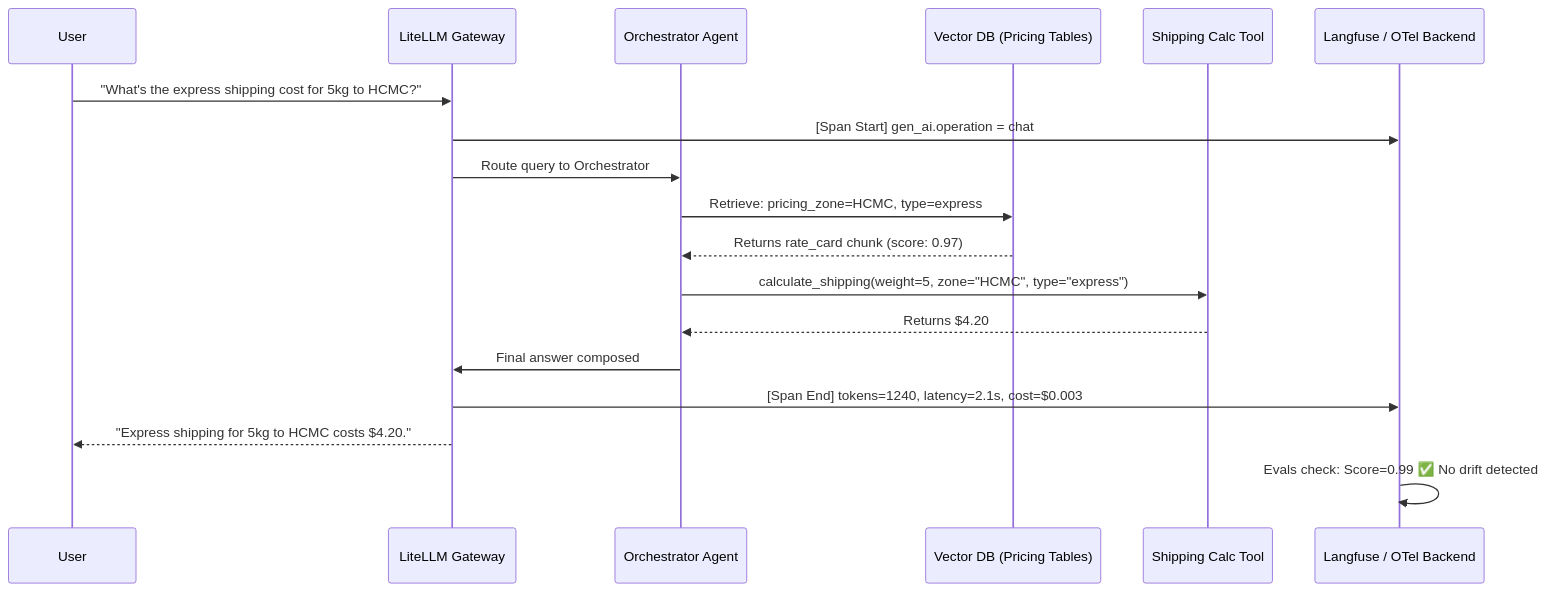
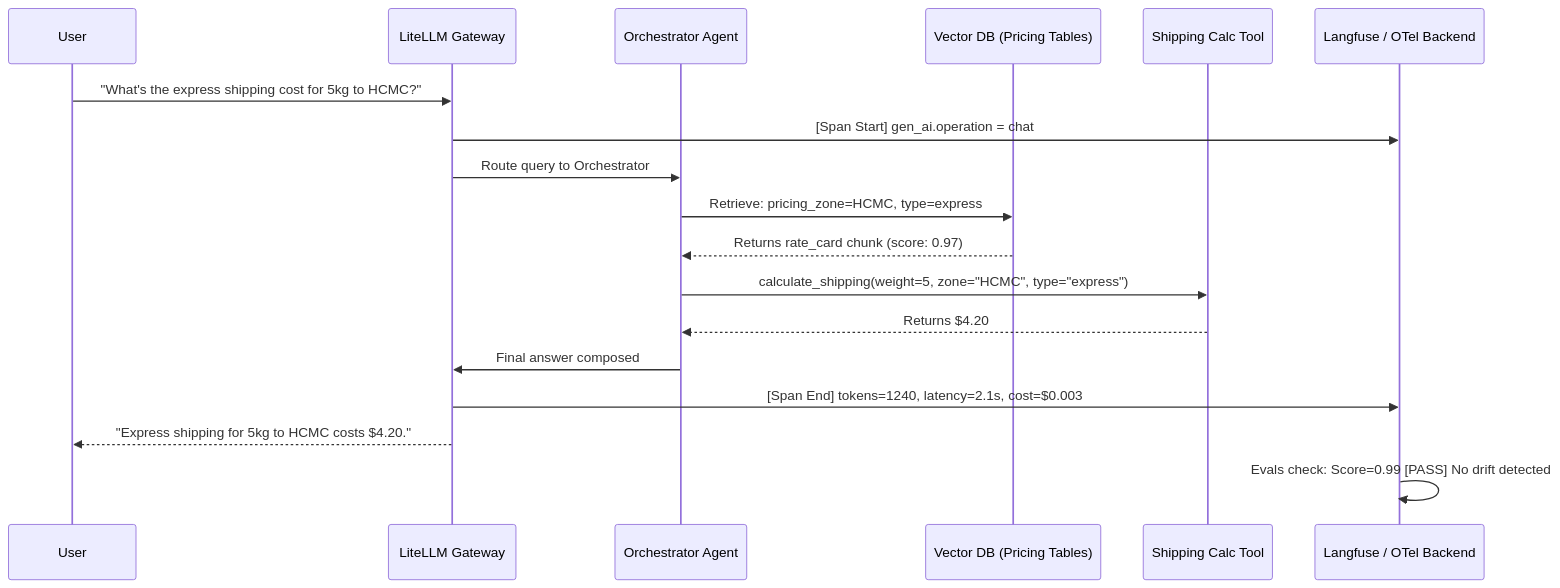
One commit to vesviet/vesviet changed the third of 3 diagrams in content/series/ai-driven-playbook/part-6-ai-observability-governance.md. Above: the diagram before and after it, drawn with Mermaid. The commit also changed 3 other files, not shown here.

Commit message:
fix: quote emoji node/edge labels in Mermaid diagrams (vesviet - part-1, 3, 8, playbook-6)

````diff
--- a/content/series/ai-driven-playbook/part-6-ai-observability-governance.md
+++ b/content/series/ai-driven-playbook/part-6-ai-observability-governance.md
@@ -156,21 +156,21 @@
 ```mermaid
 sequenceDiagram
     participant User
     participant Gateway as LiteLLM Gateway
     participant Agent as Orchestrator Agent
     participant RAG as Vector DB (Pricing Tables)
     participant Tool as Shipping Calc Tool
     participant OTel as Langfuse / OTel Backend
 
     User->>Gateway: "What's the express shipping cost for 5kg to HCMC?"
     Gateway->>OTel: [Span Start] gen_ai.operation = chat
     Gateway->>Agent: Route query to Orchestrator
     Agent->>RAG: Retrieve: pricing_zone=HCMC, type=express
     RAG-->>Agent: Returns rate_card chunk (score: 0.97)
     Agent->>Tool: calculate_shipping(weight=5, zone="HCMC", type="express")
     Tool-->>Agent: Returns $4.20
     Agent->>Gateway: Final answer composed
     Gateway->>OTel: [Span End] tokens=1240, latency=2.1s, cost=$0.003
     Gateway-->>User: "Express shipping for 5kg to HCMC costs $4.20."
-    OTel->>OTel: Evals check: Score=0.99 ✅ No drift detected
+    OTel->>OTel: Evals check: Score=0.99 [PASS] No drift detected
 ```
````
